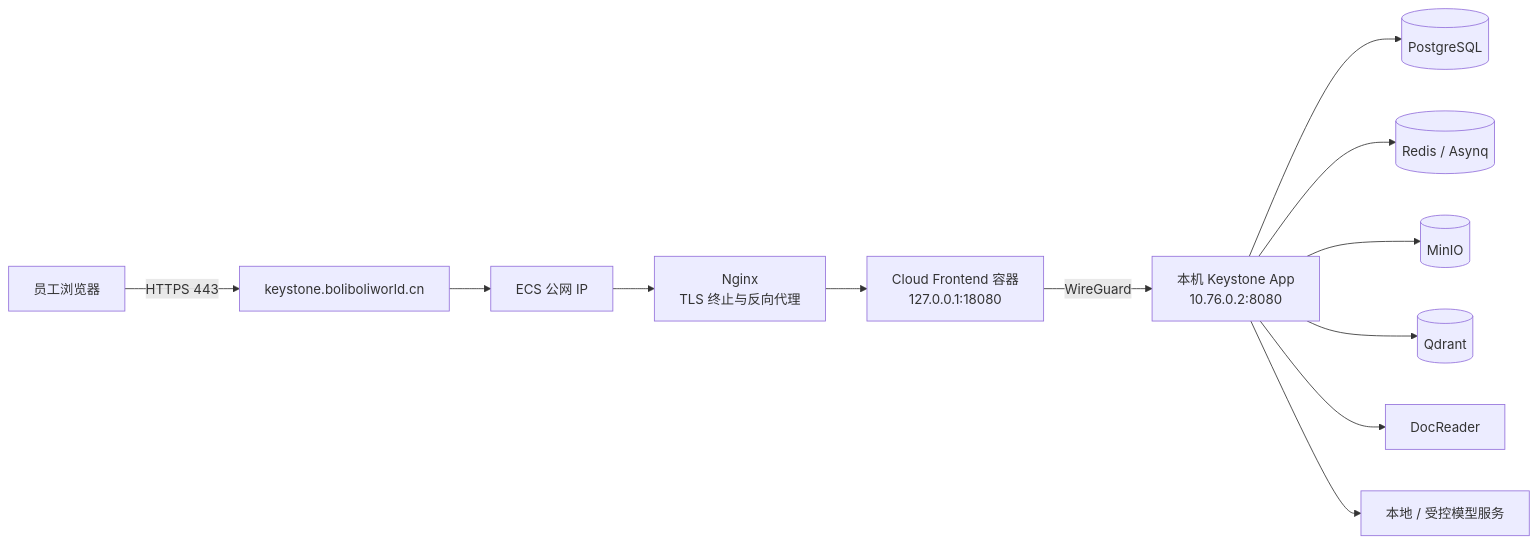
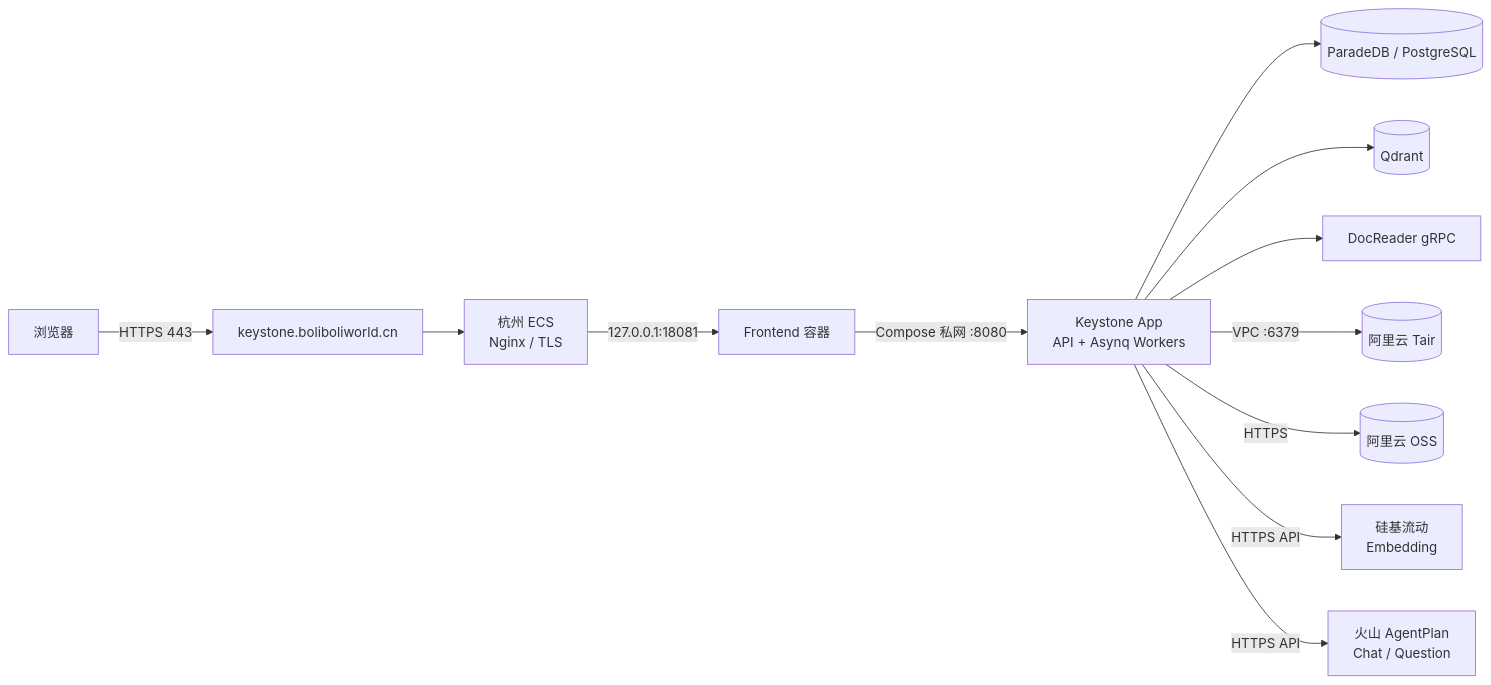
The diagram in docs/DEPLOYMENT_RUNBOOK.md (justaboyhai-wq/FTMind), drawn with Mermaid before and after one commit. The commit also changed other lines of this file and 12 other files, not shown here.

Commit message:
docs: document cloud MVP architecture and operations

````diff
--- a/docs/DEPLOYMENT_RUNBOOK.md
+++ b/docs/DEPLOYMENT_RUNBOOK.md
@@ -11,14 +26,14 @@
 ```mermaid
 flowchart LR
-    U[员工浏览器] -->|HTTPS 443| DNS[keystone.boliboliworld.cn]
-    DNS --> ECS[ECS 公网 IP]
-    ECS --> NG[Nginx<br/>TLS 终止与反向代理]
-    NG --> FE[Cloud Frontend 容器<br/>127.0.0.1:18080]
-    FE -->|WireGuard| APP[本机 Keystone App<br/>10.76.0.2:8080]
-    APP --> PG[(PostgreSQL)]
-    APP --> R[(Redis / Asynq)]
-    APP --> S3[(MinIO)]
+    U[浏览器] -->|HTTPS 443| DNS[keystone.boliboliworld.cn]
+    DNS --> NG[杭州 ECS<br/>Nginx / TLS]
+    NG -->|127.0.0.1:18081| FE[Frontend 容器]
+    FE -->|Compose 私网 :8080| APP[Keystone App<br/>API + Asynq Workers]
+    APP --> PG[(ParadeDB / PostgreSQL)]
     APP --> Q[(Qdrant)]
-    APP --> DR[DocReader]
-    APP --> M[本地 / 受控模型服务]
+    APP --> DR[DocReader gRPC]
+    APP -->|VPC :6379| R[(阿里云 Tair)]
+    APP -->|HTTPS| OSS[(阿里云 OSS)]
+    APP -->|HTTPS API| SF[硅基流动<br/>Embedding]
+    APP -->|HTTPS API| VOLC[火山 AgentPlan<br/>Chat / Question]
 ```
````
